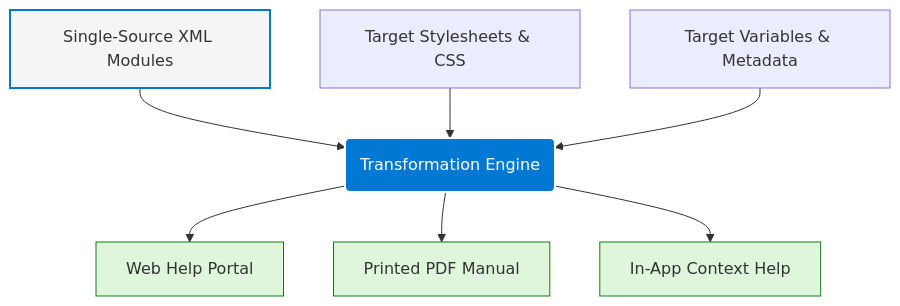
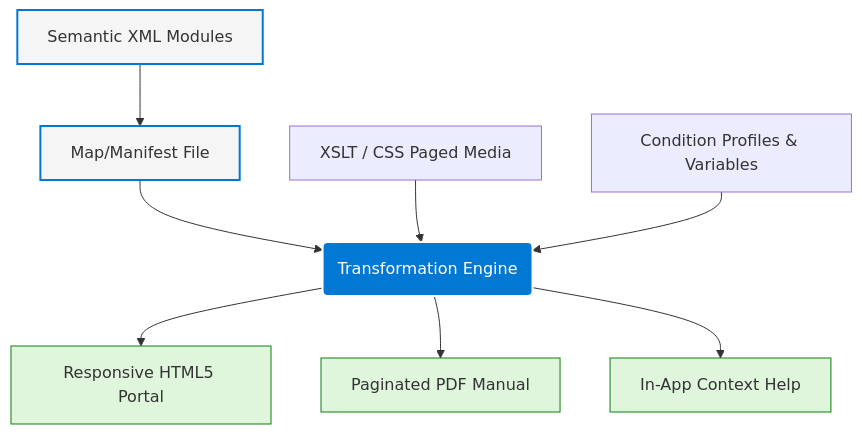
The diagram in docs/industry-terms/multi-channel-compilation-model.md (vaishvanara/techwritingkb), drawn with Mermaid before and after one commit. The commit also changed other lines of this file and 51 other files, not shown here.

````diff
--- a/docs/industry-terms/multi-channel-compilation-model.md
+++ b/docs/industry-terms/multi-channel-compilation-model.md
@@ -44,15 +43,17 @@
 ```mermaid
 graph TD
-    A[Single-Source XML Modules] --> B(Transformation Engine)
-    C[Target Stylesheets & CSS] --> B
-    D[Target Variables & Metadata] --> B
-    B --> E[Web Help Portal]
-    B --> F[Printed PDF Manual]
+    A[Semantic XML Modules] --> H[Map/Manifest File]
+    H --> B(Transformation Engine)
+    C[XSLT / CSS Paged Media] --> B
+    D[Condition Profiles & Variables] --> B
+    B --> E[Responsive HTML5 Portal]
+    B --> F[Paginated PDF Manual]
     B --> G[In-App Context Help]
 
     style A fill:#f5f5f5,stroke:#0078d4,stroke-width:2px
+    style H fill:#f5f5f5,stroke:#0078d4,stroke-width:2px
     style B fill:#0078d4,stroke:#fff,stroke-width:2px,color:#fff
     style E fill:#dff6dd,stroke:#107c10,stroke-width:1px
     style F fill:#dff6dd,stroke:#107c10,stroke-width:1px
     style G fill:#dff6dd,stroke:#107c10,stroke-width:1px
 ```
````
